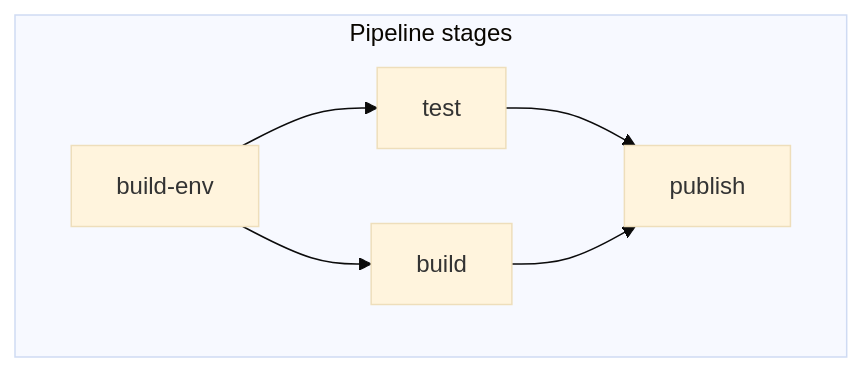
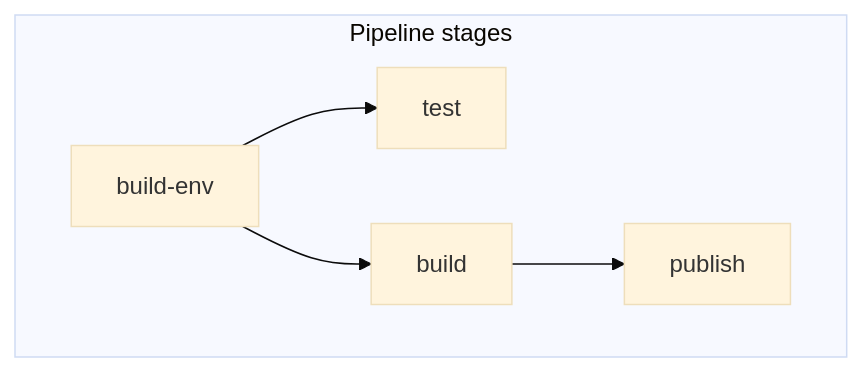
One commit to dagger/dagger changed the diagram in docs/current_docs/quickstart/env.mdx. Above: the diagram before and after it, drawn with Mermaid (base theme). The commit also changed 1 other file, not shown here.

Commit message:
Update diagram

````diff
--- a/docs/current_docs/quickstart/env.mdx
+++ b/docs/current_docs/quickstart/env.mdx
@@ -17,12 +17,12 @@
 ```mermaid
 graph LR
     subgraph module["Pipeline stages"]
         direction LR
         FnA1["build-env"]
         FnA2["build"]
         FnA3["test"]
         FnA4["publish"]
     end
-    FnA1 --> FnA3 --> FnA4
+    FnA1 --> FnA3
     FnA1 --> FnA2 --> FnA4
 ```
````
